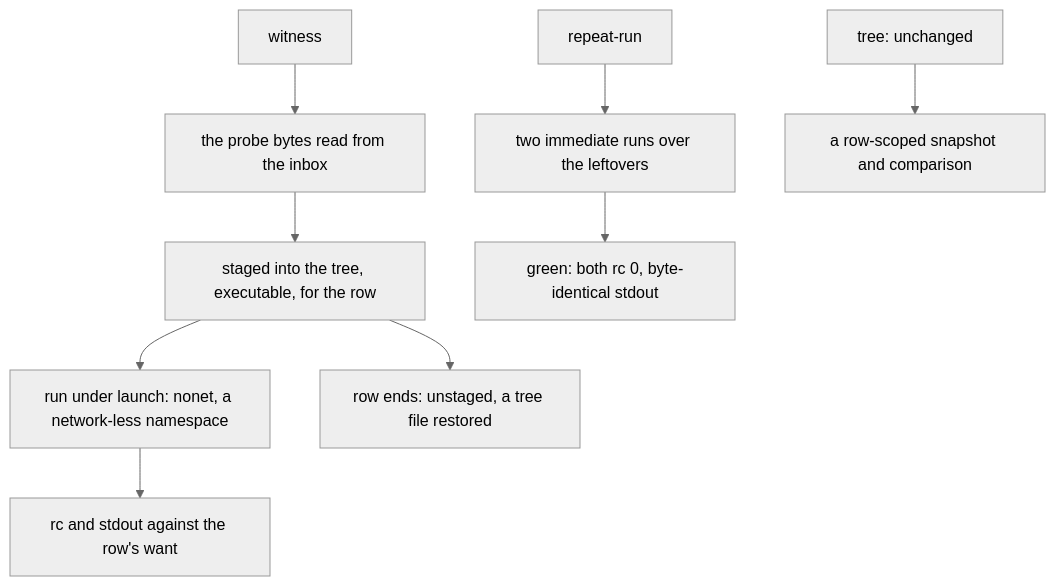
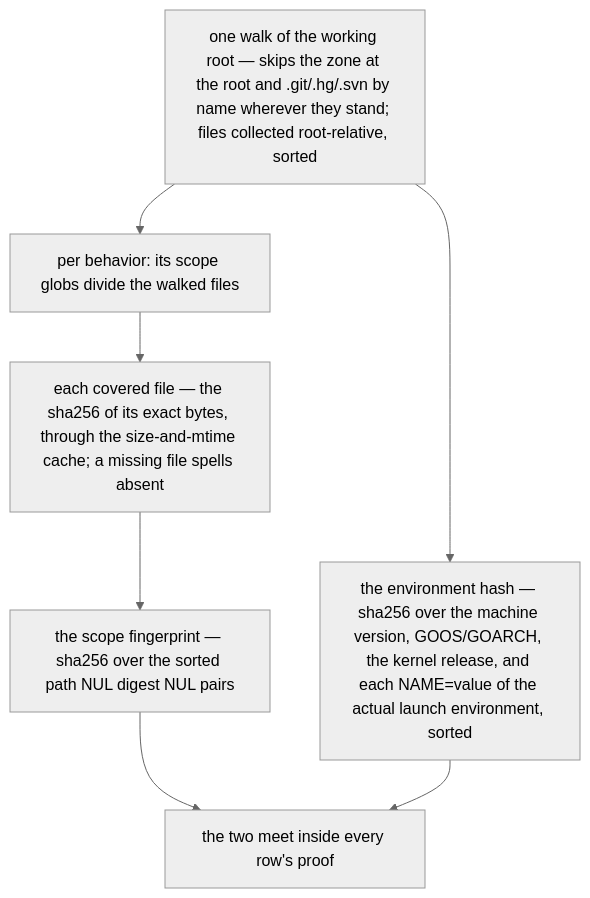
One commit to neurophant/punchtape changed the sixth of 10 diagrams in docs/ARCHITECTURE.md. Above: the diagram before and after it, drawn with Mermaid (neutral theme). The commit also changed other lines of this file and 822 other files, not shown here.

````diff
--- a/docs/ARCHITECTURE.md
+++ b/docs/ARCHITECTURE.md
@@ -829,11 +369,9 @@
 ```mermaid
 flowchart TD
-    A[witness] --> B["the probe bytes read from the inbox"]
-    B --> C["staged into the tree, executable, for the row"]
-    C --> D["run under launch: nonet, a network-less namespace"]
-    D --> E["rc and stdout against the row's want"]
-    C --> F["row ends: unstaged, a tree file restored"]
-    G[repeat-run] --> H["two immediate runs over the leftovers"]
-    H --> I["green: both rc 0, byte-identical stdout"]
-    J["tree: unchanged"] --> K["a row-scoped snapshot and comparison"]
+    W["one walk of the working root — skips the zone at the root and .git/.hg/.svn by name wherever they stand; files collected root-relative, sorted"] --> SC["per behavior: its scope globs divide the walked files"]
+    SC --> FD["each covered file — the sha256 of its exact bytes, through the size-and-mtime cache; a missing file spells absent"]
+    FD --> SF["the scope fingerprint — sha256 over the sorted path NUL digest NUL pairs"]
+    W --> EH["the environment hash — sha256 over the machine version, GOOS/GOARCH, the kernel release, and each NAME=value of the actual launch environment, sorted"]
+    SF --> PR["the two meet inside every row's proof"]
+    EH --> PR
 ```
````
